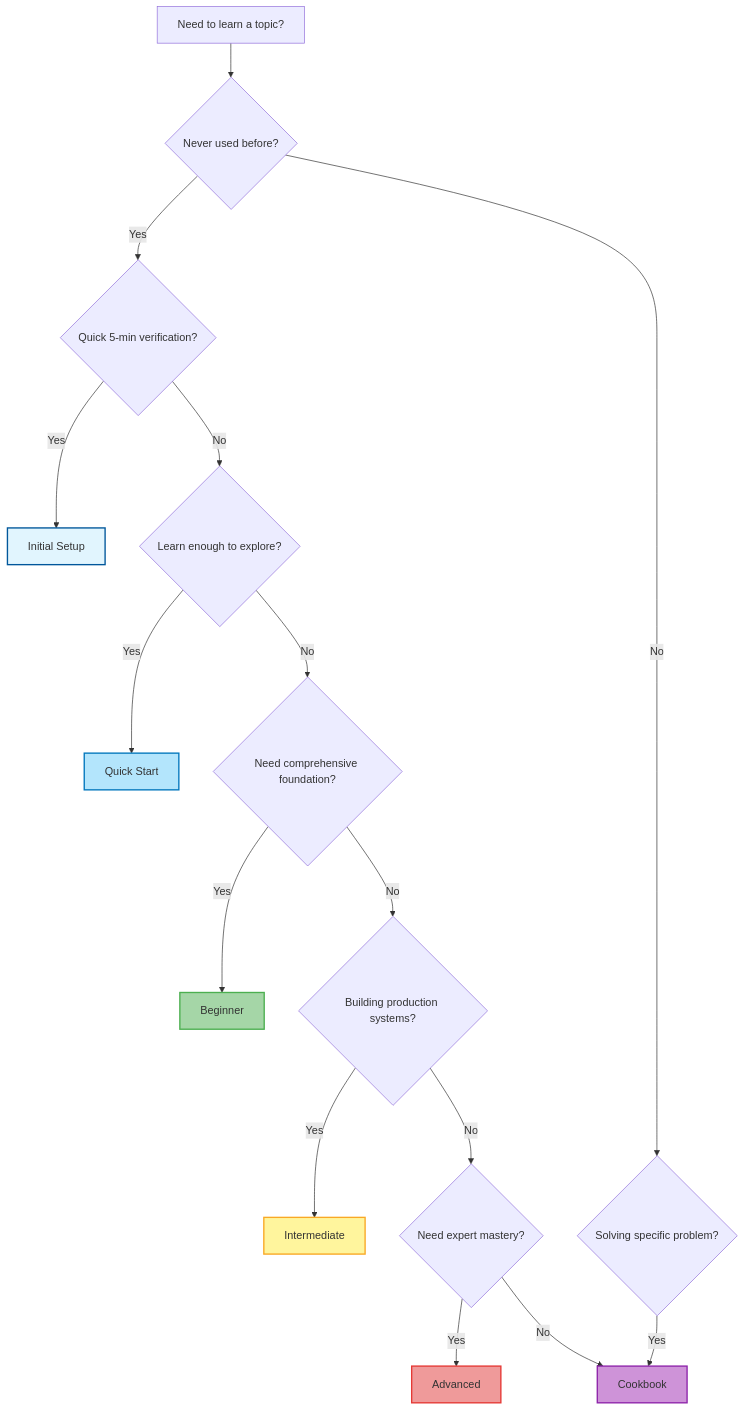
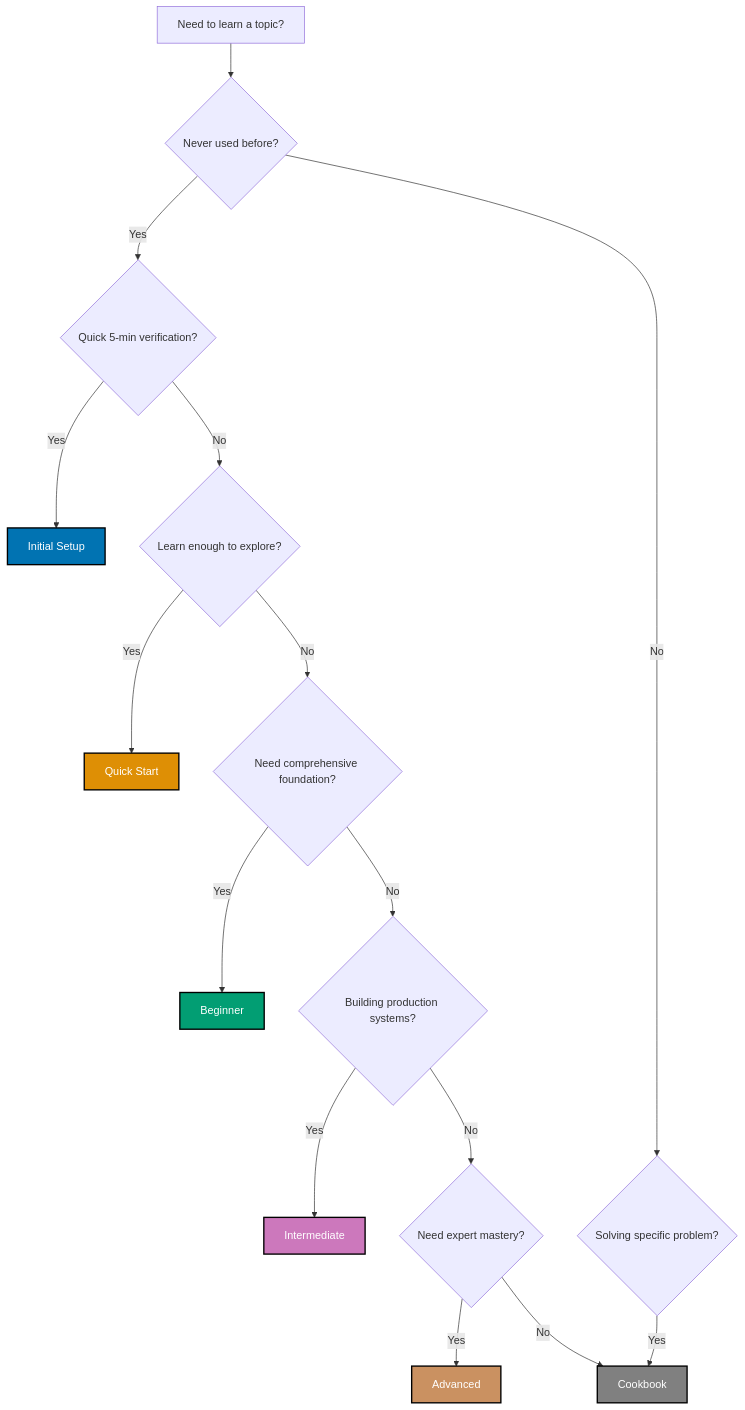
The second of 2 diagrams in docs/explanation/conventions/ex-co__tutorial-naming.md (wahidyankf/open-sharia-enterprise), drawn with Mermaid before and after one commit. The commit also changed other lines of this file and 22 other files, not shown here.

First line of the commit message:
docs(diagrams): ensure all mermaid diagrams use color-blind friendly palette

````diff
--- a/docs/explanation/conventions/ex-co__tutorial-naming.md
+++ b/docs/explanation/conventions/ex-co__tutorial-naming.md
@@ -292,39 +293,40 @@
 ```mermaid
+%% Color palette: Blue #0173B2, Orange #DE8F05, Teal #029E73, Purple #CC78BC, Brown #CA9161, Gray #808080
 graph TB
 	START[Need to learn a topic?]
 	Q1{Never used before?}
 	Q2{Quick 5-min verification?}
 	Q3{Learn enough to explore?}
 	Q4{Need comprehensive foundation?}
 	Q5{Building production systems?}
 	Q6{Need expert mastery?}
 	Q7{Solving specific problem?}
 
 	START --> Q1
 	Q1 -->|Yes| Q2
 	Q1 -->|No| Q7
 
 	Q2 -->|Yes| IS[Initial Setup]
 	Q2 -->|No| Q3
 
 	Q3 -->|Yes| QS[Quick Start]
 	Q3 -->|No| Q4
 
 	Q4 -->|Yes| BEG[Beginner]
 	Q4 -->|No| Q5
 
 	Q5 -->|Yes| INT[Intermediate]
 	Q5 -->|No| Q6
 
 	Q6 -->|Yes| ADV[Advanced]
 	Q6 -->|No| CB[Cookbook]
 
 	Q7 -->|Yes| CB
 
-	style IS fill:#e1f5fe,stroke:#01579b,stroke-width:2px
-	style QS fill:#b3e5fc,stroke:#0277bd,stroke-width:2px
-	style BEG fill:#a5d6a7,stroke:#4caf50,stroke-width:2px
-	style INT fill:#fff59d,stroke:#f9a825,stroke-width:2px
-	style ADV fill:#ef9a9a,stroke:#e53935,stroke-width:2px
-	style CB fill:#ce93d8,stroke:#8e24aa,stroke-width:2px
+	style IS fill:#0173B2,stroke:#000000,color:#FFFFFF,stroke-width:2px
+	style QS fill:#DE8F05,stroke:#000000,color:#FFFFFF,stroke-width:2px
+	style BEG fill:#029E73,stroke:#000000,color:#FFFFFF,stroke-width:2px
+	style INT fill:#CC78BC,stroke:#000000,color:#FFFFFF,stroke-width:2px
+	style ADV fill:#CA9161,stroke:#000000,color:#FFFFFF,stroke-width:2px
+	style CB fill:#808080,stroke:#000000,color:#FFFFFF,stroke-width:2px
 ```
````
